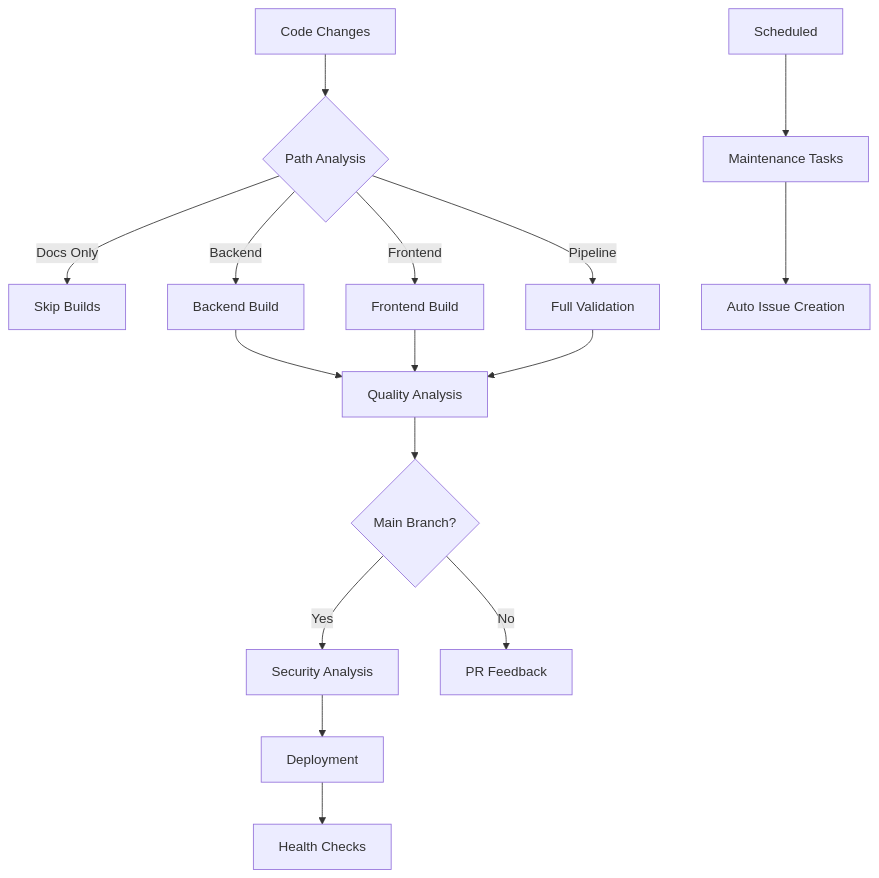
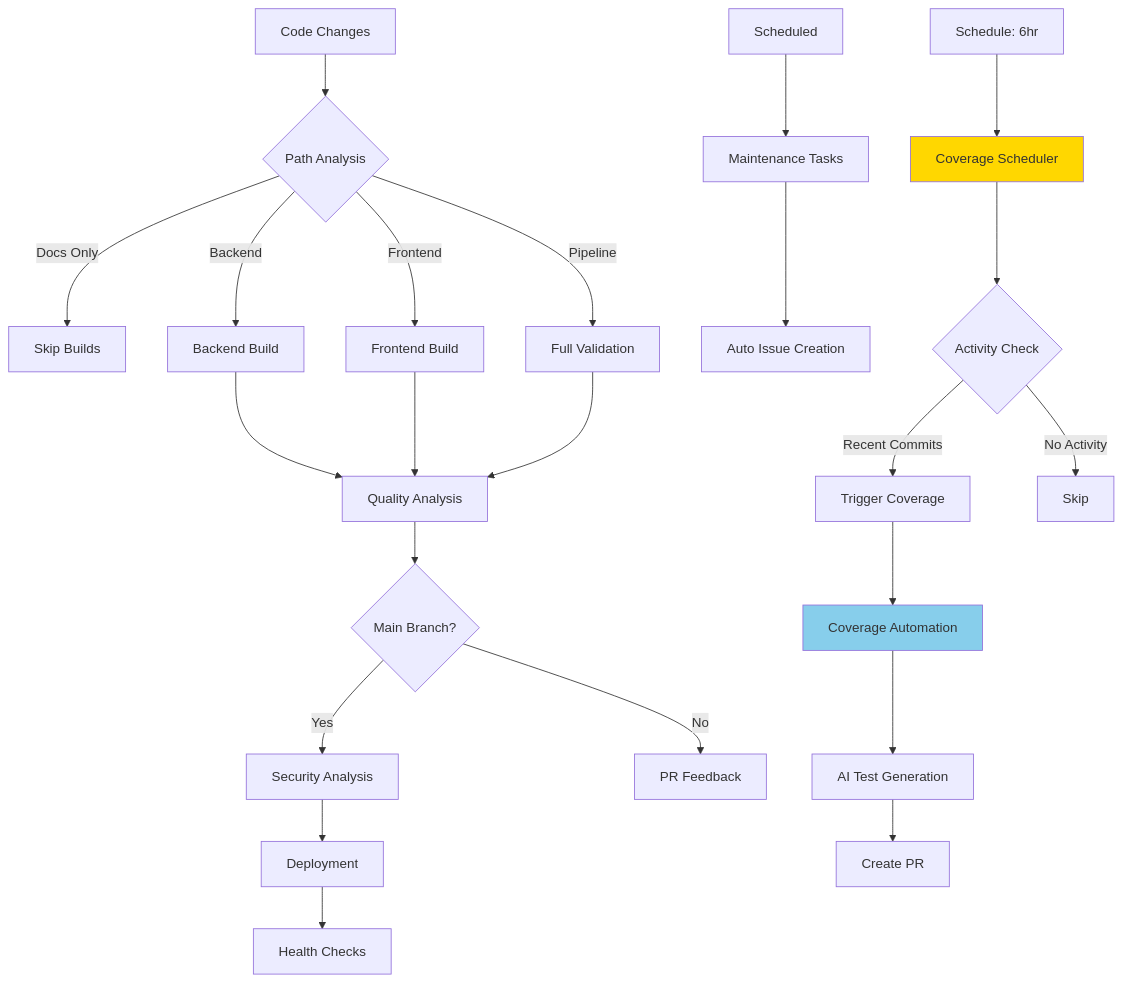
The diagram in .github/GITHUB_README.md (Zarichney-Development/zarichney-api), drawn with Mermaid before and after one commit. The commit also changed other lines of this file and 4 other files, not shown here.

````diff
--- a/.github/GITHUB_README.md
+++ b/.github/GITHUB_README.md
@@ -48,22 +51,33 @@
 ```mermaid
 graph TD
     A[Code Changes] --> B{Path Analysis}
     B -->|Docs Only| C[Skip Builds]
     B -->|Backend| D[Backend Build]
     B -->|Frontend| E[Frontend Build]
     B -->|Pipeline| F[Full Validation]
     
     D --> G[Quality Analysis]
     E --> G
     F --> G
     
     G --> H{Main Branch?}
     H -->|Yes| I[Security Analysis]
     H -->|No| J[PR Feedback]
     
     I --> K[Deployment]
     K --> L[Health Checks]
     
     M[Scheduled] --> N[Maintenance Tasks]
     N --> O[Auto Issue Creation]
+    
+    P[Schedule: 6hr] --> Q[Coverage Scheduler]
+    Q --> R{Activity Check}
+    R -->|Recent Commits| S[Trigger Coverage]
+    R -->|No Activity| T[Skip]
+    S --> U[Coverage Automation]
+    U --> V[AI Test Generation]
+    V --> W[Create PR]
+    
+    style Q fill:#FFD700
+    style U fill:#87CEEB
 ```
````
